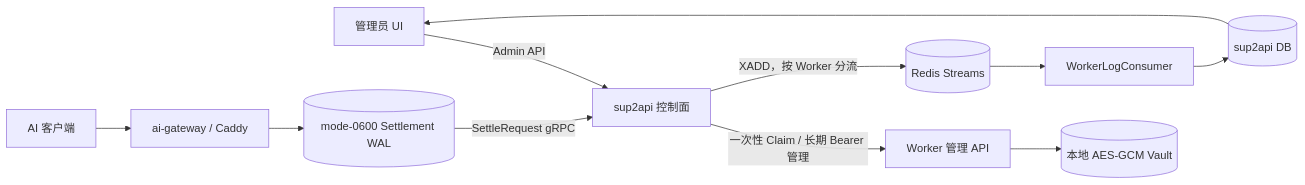
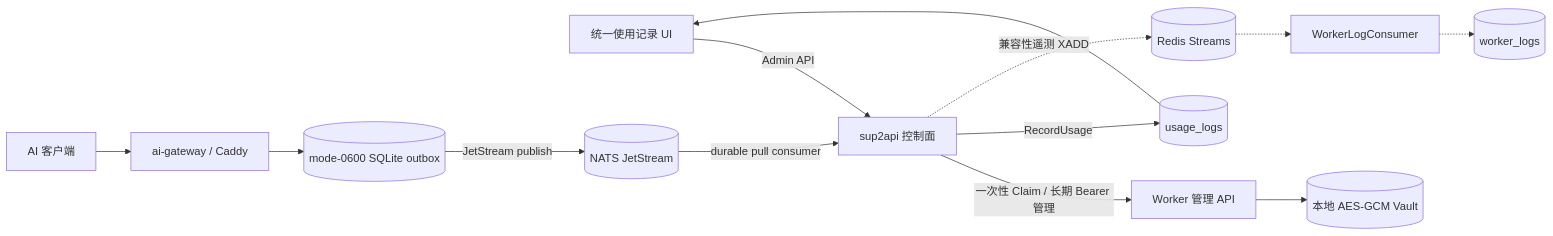
Before and after one commit to Sub2API-Devs/sup2api: the first of 2 diagrams in docs/WORKER_MANAGEMENT_ARCHITECTURE.zh-CN.md, drawn with Mermaid. The commit also changed other lines of this file and 78 other files, not shown here.

Commit message:
feat: unify worker usage records via NATS

````diff
--- a/docs/WORKER_MANAGEMENT_ARCHITECTURE.zh-CN.md
+++ b/docs/WORKER_MANAGEMENT_ARCHITECTURE.zh-CN.md
@@ -18,13 +19,15 @@
 ```mermaid
 flowchart LR
     UI["管理员 UI"] -->|"Admin API"| CP["sup2api 控制面"]
     CP -->|"一次性 Claim / 长期 Bearer 管理"| WM["Worker 管理 API"]
     Client["AI 客户端"] --> Caddy["ai-gateway / Caddy"]
     WM --> Vault[("本地 AES-GCM Vault")]
-    Caddy --> WAL[("mode-0600 Settlement WAL")]
-    WAL -->|"SettleRequest gRPC"| CP
-    CP -->|"XADD，按 Worker 分流"| Redis[("Redis Streams")]
-    Redis --> Consumer["WorkerLogConsumer"]
-    Consumer --> DB[("sup2api DB")]
-    DB --> UI
+    Caddy --> WAL[("mode-0600 SQLite outbox")]
+    WAL -->|"JetStream publish"| NATS[("NATS JetStream")]
+    NATS -->|"durable pull consumer"| CP
+    CP -->|"RecordUsage"| UsageDB[("usage_logs")]
+    UsageDB --> UI["统一使用记录 UI"]
+    CP -.->|"兼容性遥测 XADD"| Redis[("Redis Streams")]
+    Redis -.-> Consumer["WorkerLogConsumer"]
+    Consumer -.-> LegacyDB[("worker_logs")]
 ```
````
